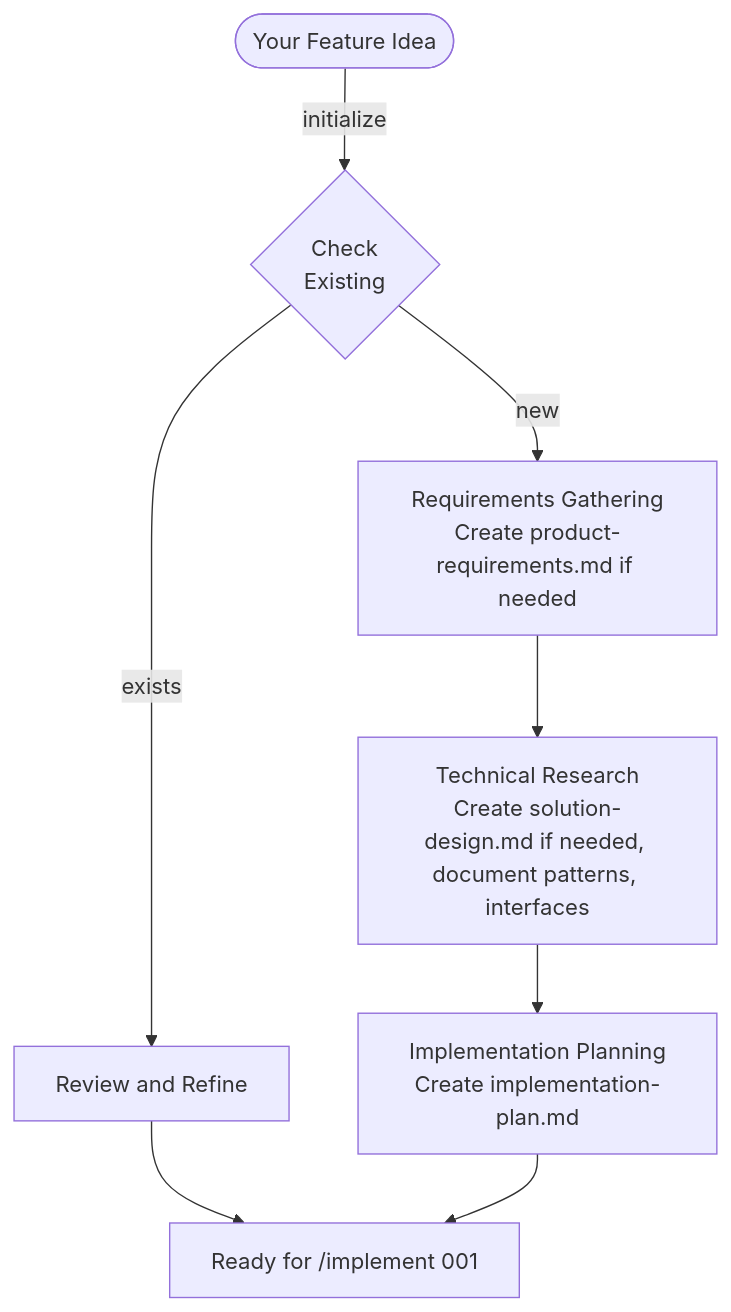
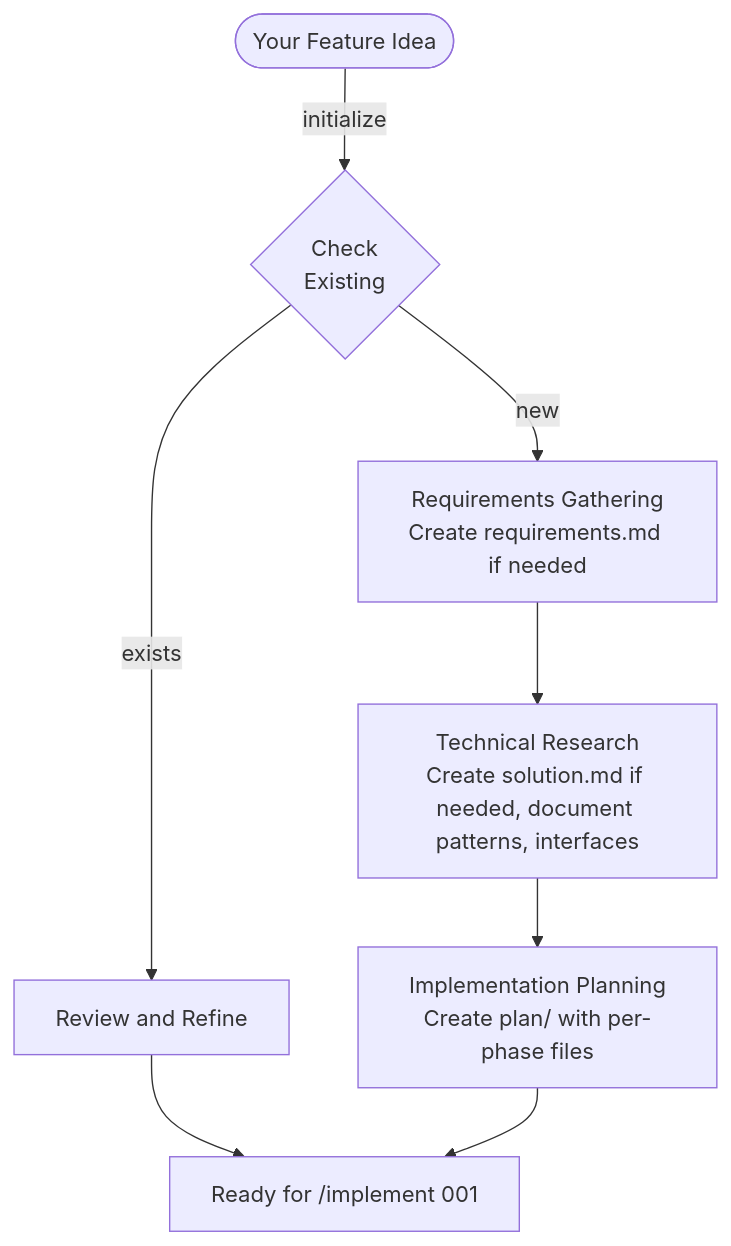
Before and after one commit to rsmdt/the-startup: the first of 10 diagrams in plugins/start/README.md, drawn with Mermaid. The commit also changed other lines of this file and 32 other files, not shown here.

First line of the commit message:
feat: Moves specs to .start/specs/ with per-phase plan files

````diff
--- a/plugins/start/README.md
+++ b/plugins/start/README.md
@@ -58,10 +58,10 @@
 ```mermaid
 flowchart TD
     A([Your Feature Idea]) --> |initialize| B{Check<br>Existing}
     B --> |exists| C[Review and Refine]
     C --> END[Ready for /implement 001]
-    B --> |new| D[Requirements Gathering<br/>Create product-requirements.md if needed]
-    D --> E[Technical Research<br/>Create solution-design.md if needed, document patterns, interfaces]
-    E --> F[Implementation Planning<br/>Create implementation-plan.md]
+    B --> |new| D[Requirements Gathering<br/>Create requirements.md if needed]
+    D --> E[Technical Research<br/>Create solution.md if needed, document patterns, interfaces]
+    E --> F[Implementation Planning<br/>Create plan/ with per-phase files]
     F --> END
 ```
````
